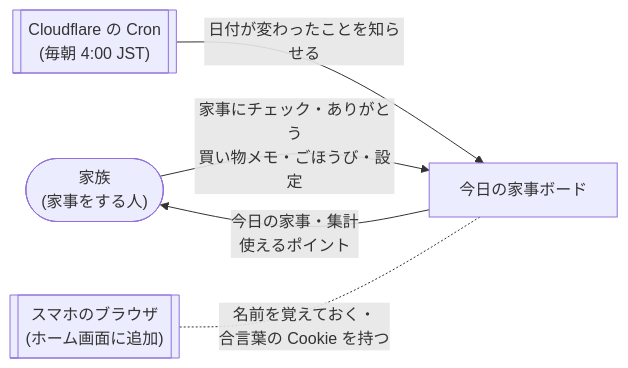
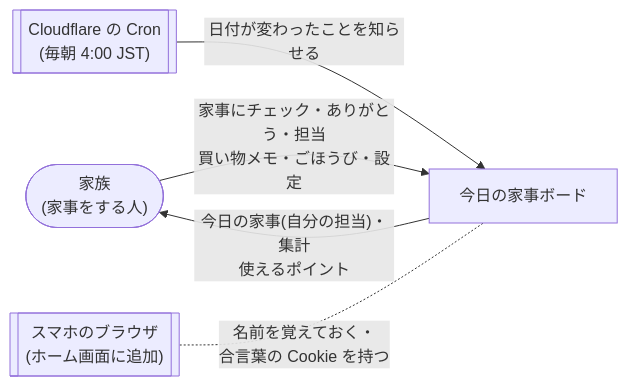
Before and after one commit to rinhanion/kaji-board: the first of 2 diagrams in docs/rdra/1-システム価値.md, drawn with Mermaid. The commit also changed other lines of this file and 14 other files, not shown here.

````diff
--- a/docs/rdra/1-システム価値.md
+++ b/docs/rdra/1-システム価値.md
@@ -11,12 +11,12 @@
 ```mermaid
 flowchart LR
   family(["家族<br/>(家事をする人)"])
   cron[["Cloudflare の Cron<br/>(毎朝 4:00 JST)"]]
   phone[["スマホのブラウザ<br/>(ホーム画面に追加)"]]
   sys["今日の家事ボード"]
 
-  family -- "家事にチェック・ありがとう<br/>買い物メモ・ごほうび・設定" --> sys
-  sys -- "今日の家事・集計<br/>使えるポイント" --> family
+  family -- "家事にチェック・ありがとう・担当<br/>買い物メモ・ごほうび・設定" --> sys
+  sys -- "今日の家事(自分の担当)・集計<br/>使えるポイント" --> family
   cron -- "日付が変わったことを知らせる" --> sys
   phone -. "名前を覚えておく・<br/>合言葉の Cookie を持つ" .- sys
 ```
````
